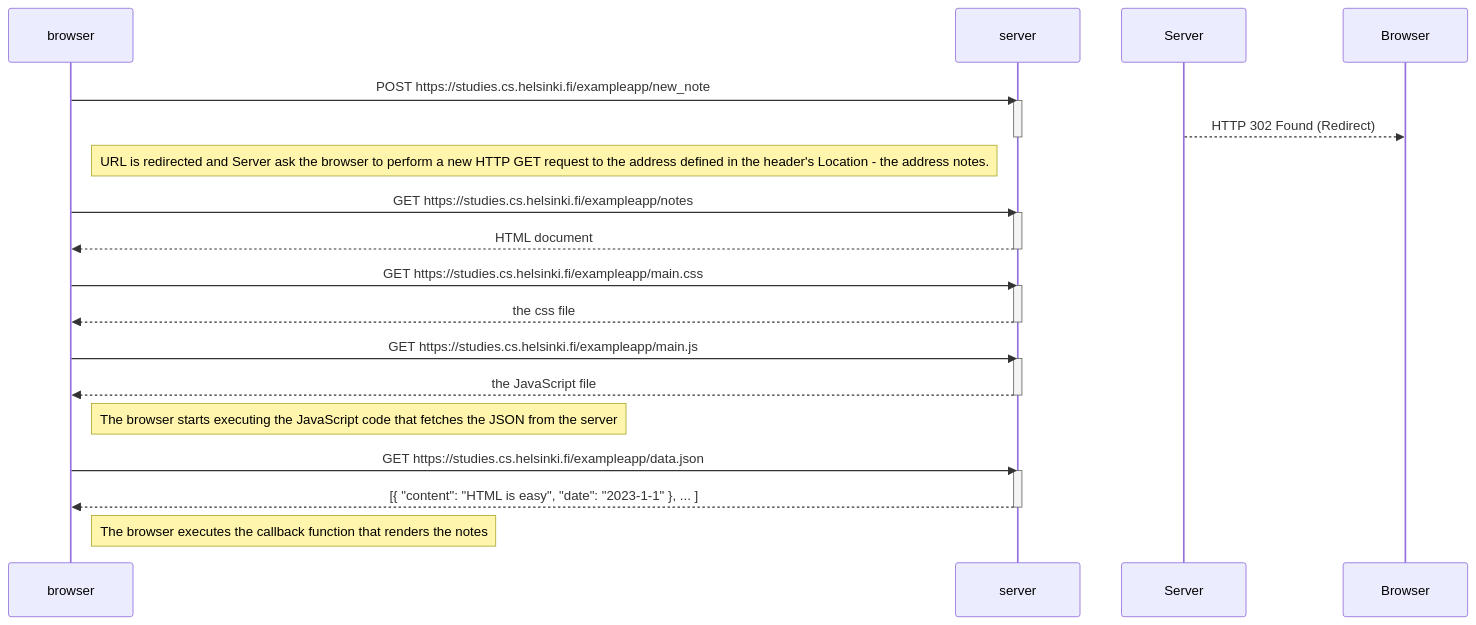
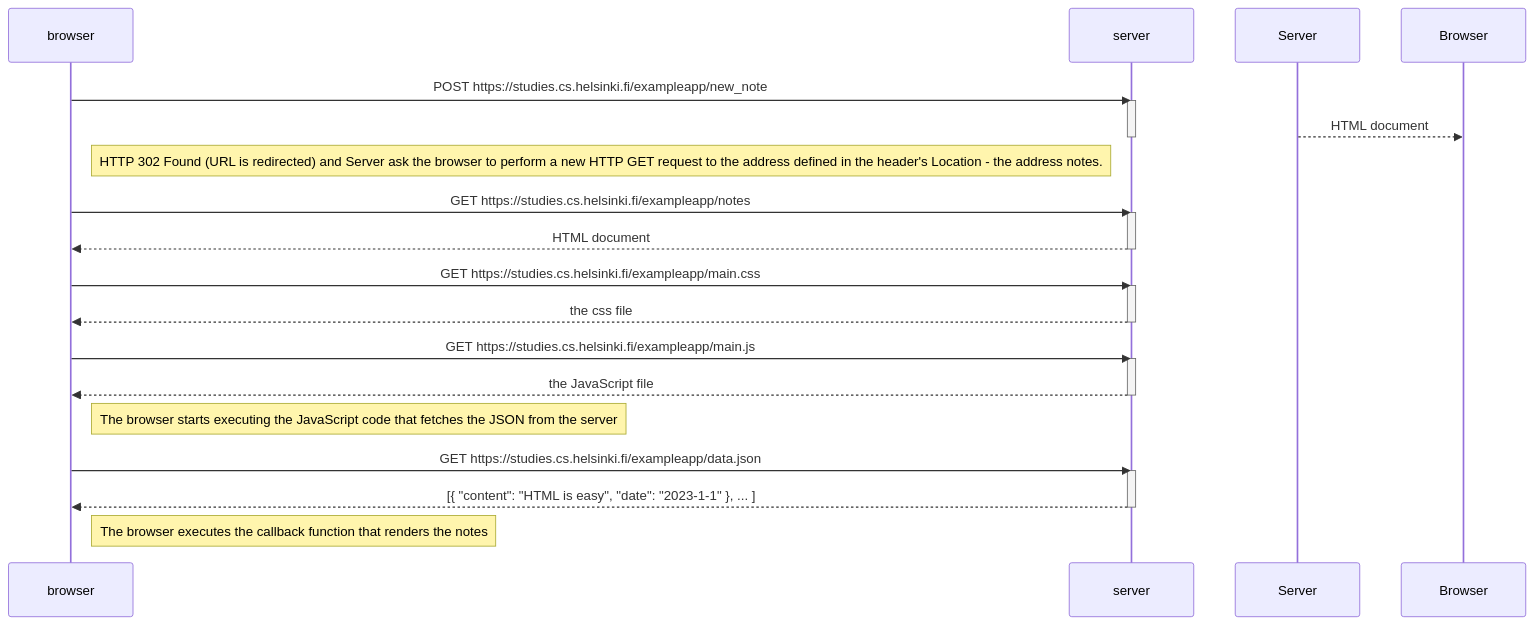
One commit to manojrai200/fullstackopen-mr changed the diagram in part0/0_4.md. Above: the diagram before and after it, drawn with Mermaid.

````diff
--- a/part0/0_4.md
+++ b/part0/0_4.md
@@ -1,36 +1,36 @@
 ```mermaid
     sequenceDiagram
         participant browser
         participant server
 
         browser->>server: POST https://studies.cs.helsinki.fi/exampleapp/new_note
         activate server
-        Server-->>Browser: HTTP 302 Found (Redirect)
+        Server-->>Browser: HTML document
         deactivate server
-        Note right of browser: URL is redirected and Server ask the browser to perform a new HTTP GET request to the address defined in the header's Location - the address notes.
+        Note right of browser: HTTP 302 Found (URL is redirected) and Server ask the browser to perform a new HTTP GET request to the address defined in the header's Location - the address notes.
 
         browser->>server: GET https://studies.cs.helsinki.fi/exampleapp/notes
         activate server
         server-->>browser: HTML document
         deactivate server
 
         browser->>server: GET https://studies.cs.helsinki.fi/exampleapp/main.css
         activate server
         server-->>browser: the css file
         deactivate server
 
         browser->>server: GET https://studies.cs.helsinki.fi/exampleapp/main.js
         activate server
         server-->>browser: the JavaScript file
         deactivate server
 
         Note right of browser: The browser starts executing the JavaScript code that fetches the JSON from the server
 
         browser->>server: GET https://studies.cs.helsinki.fi/exampleapp/data.json
         activate server
         server-->>browser: [{ "content": "HTML is easy", "date": "2023-1-1" }, ... ]
         deactivate server
 
         Note right of browser: The browser executes the callback function that renders the notes
 
 ```
````
